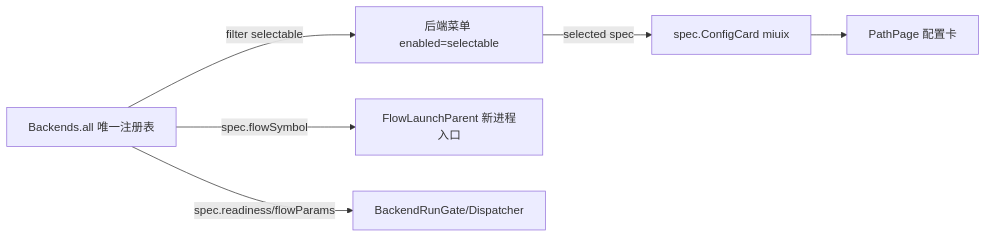
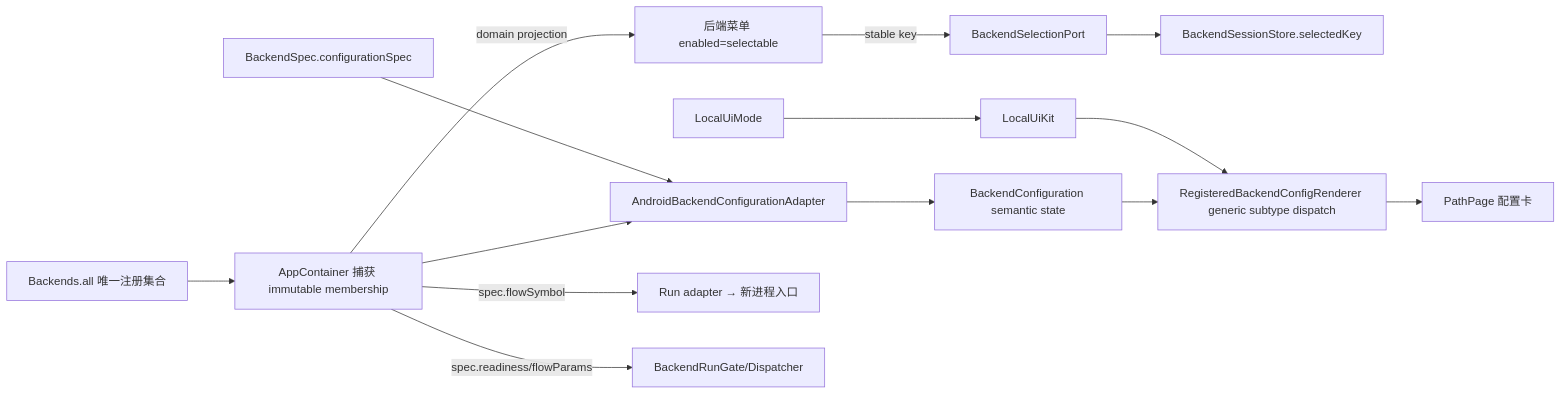
One commit to YuKongA/ghostlock-app changed diagram 35 of 37 in docs/development/full-process-uml.md. Above: the diagram before and after it, drawn with Mermaid. The commit also changed other lines of this file and 98 other files, not shown here.

Commit message:
docs(project): record architecture and verification changes

````diff
--- a/docs/development/full-process-uml.md
+++ b/docs/development/full-process-uml.md
@@ -1150,8 +1189,16 @@
 ```mermaid
 flowchart LR
-  REG[Backends.all 唯一注册表] -->|filter selectable| MENU[后端菜单 enabled=selectable]
-  MENU -->|selected spec| CARD[spec.ConfigCard miuix]
+  REG[Backends.all 唯一注册集合] --> ROOT[AppContainer 捕获 immutable membership]
+  ROOT -->|domain projection| MENU[后端菜单 enabled=selectable]
+  MENU -->|stable key| SELECT[BackendSelectionPort]
+  SELECT --> SESSION[BackendSessionStore.selectedKey]
+  ROOT --> CONFIG[AndroidBackendConfigurationAdapter]
+  SPEC[BackendSpec.configurationSpec] --> CONFIG
+  CONFIG --> STATE[BackendConfiguration semantic state]
+  STATE --> CARD[RegisteredBackendConfigRenderer generic subtype dispatch]
+  MODE[LocalUiMode] --> KIT[LocalUiKit]
+  KIT --> CARD
   CARD --> UI[PathPage 配置卡]
-  REG -->|spec.flowSymbol| FL[FlowLaunchParent 新进程入口]
-  REG -->|spec.readiness/flowParams| GATE[BackendRunGate/Dispatcher]
+  ROOT -->|spec.flowSymbol| FL[Run adapter → 新进程入口]
+  ROOT -->|spec.readiness/flowParams| GATE[BackendRunGate/Dispatcher]
 ```
````
